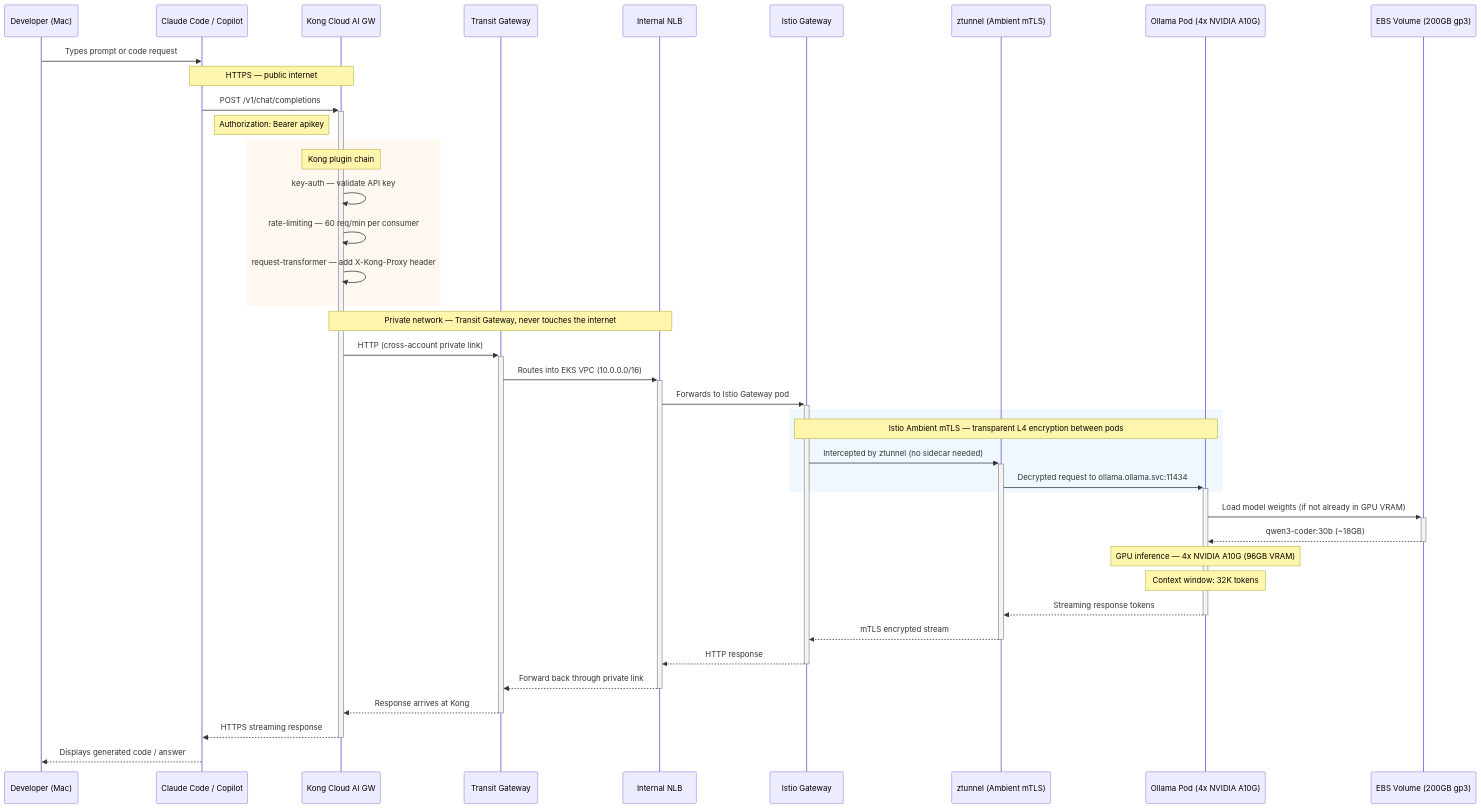
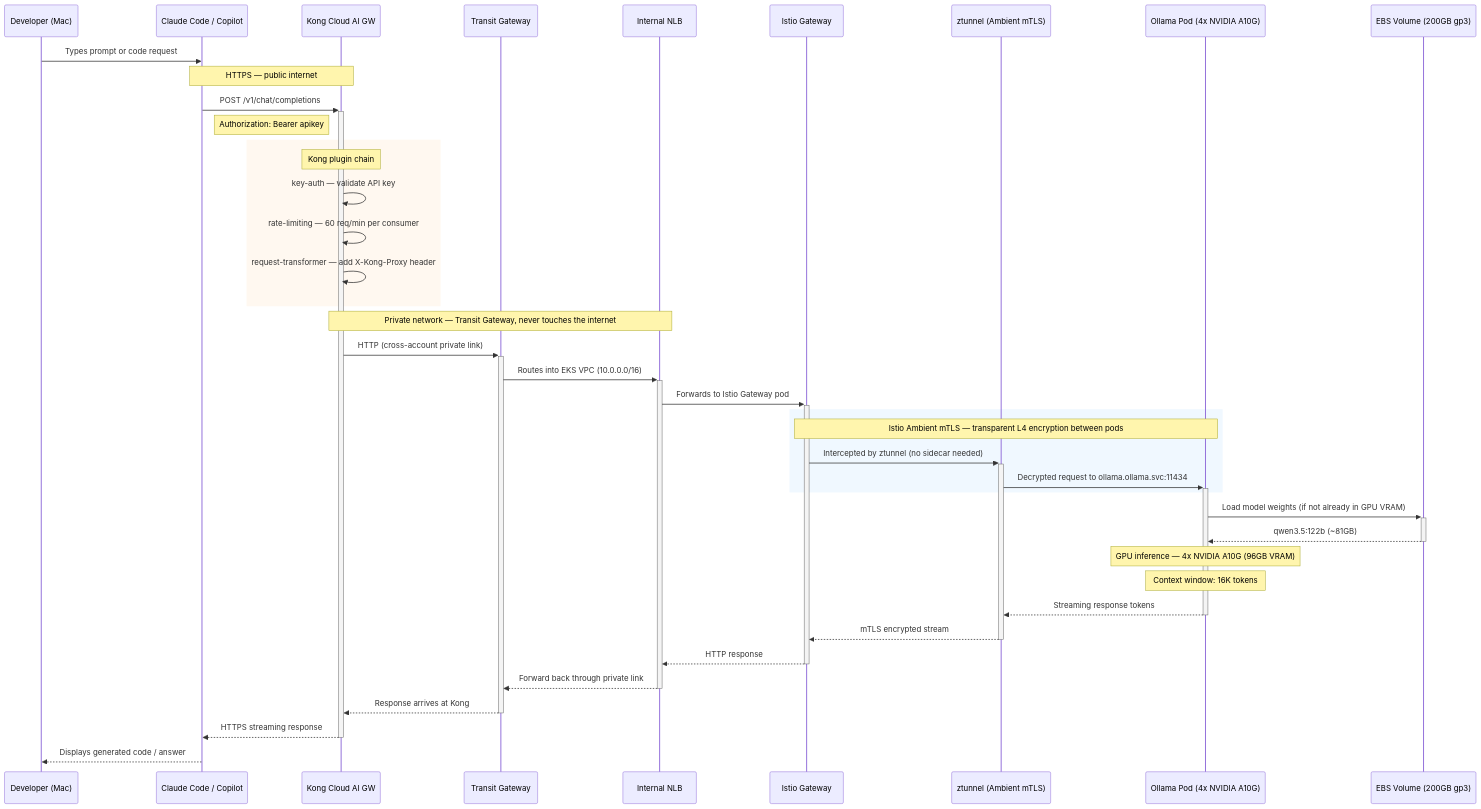
Before and after one commit to shanaka-versent/Ollama-on-EKS: the first of 4 diagrams in README.md, drawn with Mermaid. The commit also changed other lines of this file and 14 other files, not shown here.

First line of the commit message:
feat: upgrade model from qwen3-coder:30b to qwen3.5:122b

````diff
--- a/README.md
+++ b/README.md
@@ -32,50 +32,50 @@
 ```mermaid
 sequenceDiagram
     participant Dev as Developer (Mac)
     participant CC as Claude Code / Copilot
     participant Kong as Kong Cloud AI GW
     participant TGW as Transit Gateway
     participant NLB as Internal NLB
     participant IGW as Istio Gateway
     participant ZT as ztunnel (Ambient mTLS)
     participant OLM as Ollama Pod (4x NVIDIA A10G)
     participant EBS as EBS Volume (200GB gp3)
 
     Dev->>CC: Types prompt or code request
 
     Note over CC,Kong: HTTPS — public internet
     CC->>+Kong: POST /v1/chat/completions
     Note right of CC: Authorization: Bearer apikey
 
     rect rgb(255, 248, 240)
         Note over Kong: Kong plugin chain
         Kong->>Kong: key-auth — validate API key
         Kong->>Kong: rate-limiting — 60 req/min per consumer
         Kong->>Kong: request-transformer — add X-Kong-Proxy header
     end
 
     Note over Kong,NLB: Private network — Transit Gateway, never touches the internet
     Kong->>+TGW: HTTP (cross-account private link)
     TGW->>+NLB: Routes into EKS VPC (10.0.0.0/16)
     NLB->>+IGW: Forwards to Istio Gateway pod
 
     rect rgb(240, 248, 255)
         Note over IGW,OLM: Istio Ambient mTLS — transparent L4 encryption between pods
         IGW->>+ZT: Intercepted by ztunnel (no sidecar needed)
         ZT->>+OLM: Decrypted request to ollama.ollama.svc:11434
     end
 
     OLM->>+EBS: Load model weights (if not already in GPU VRAM)
-    EBS-->>-OLM: qwen3-coder:30b (~18GB)
+    EBS-->>-OLM: qwen3.5:122b (~81GB)
 
     Note over OLM: GPU inference — 4x NVIDIA A10G (96GB VRAM)
-    Note over OLM: Context window: 32K tokens
+    Note over OLM: Context window: 16K tokens
 
     OLM-->>-ZT: Streaming response tokens
     ZT-->>-IGW: mTLS encrypted stream
     IGW-->>-NLB: HTTP response
     NLB-->>-TGW: Forward back through private link
     TGW-->>-Kong: Response arrives at Kong
     Kong-->>-CC: HTTPS streaming response
     CC-->>Dev: Displays generated code / answer
 ```
````
